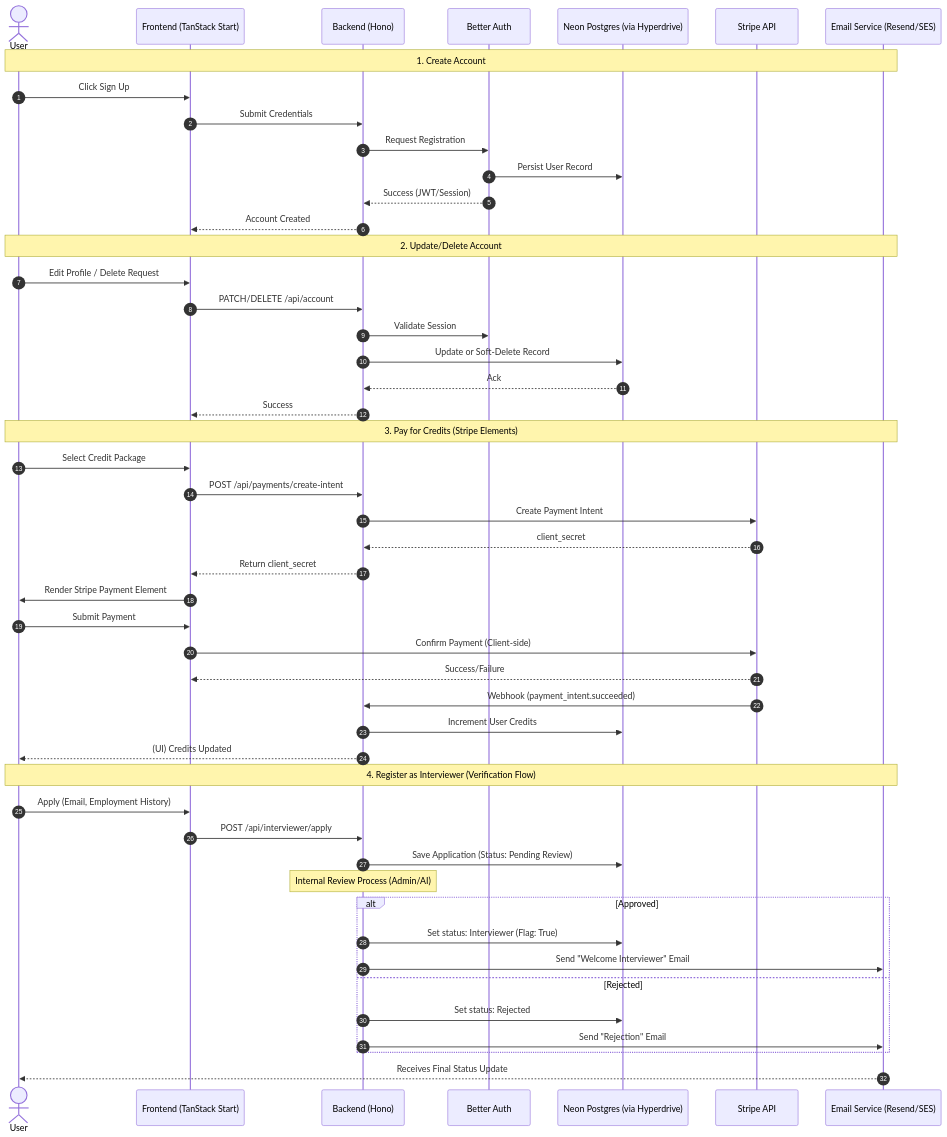
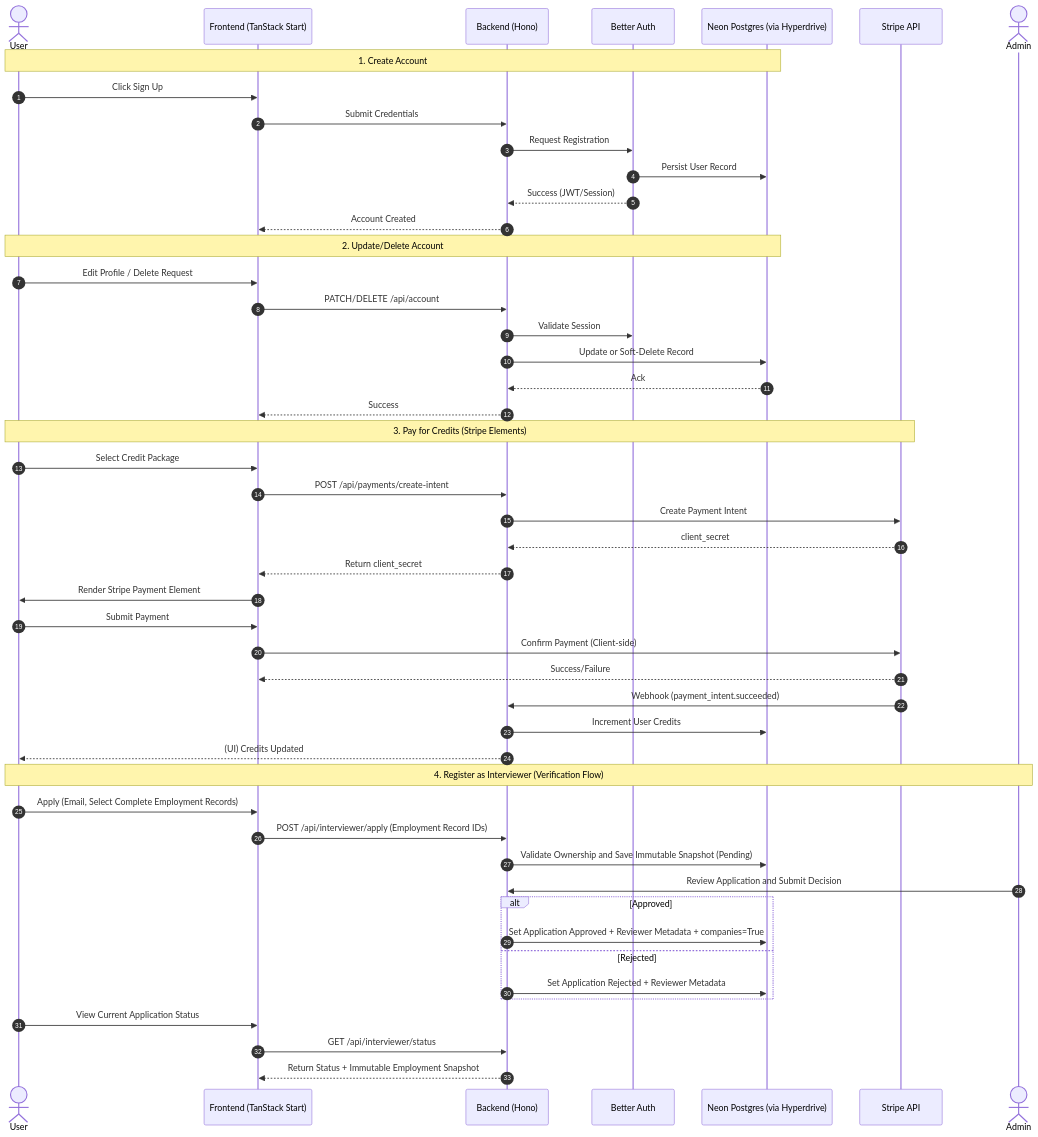
Before and after one commit to joseiciano/mako: the diagram in docs/system/diagrams/crud.md, drawn with Mermaid. The commit also changed other lines of this file and 28 other files, not shown here.

````diff
--- a/docs/system/diagrams/crud.md
+++ b/docs/system/diagrams/crud.md
@@ -5,55 +5,55 @@
 ```mermaid
 sequenceDiagram
     autonumber
     actor User
     participant FE as Frontend (TanStack Start)
     participant BE as Backend (Hono)
     participant Auth as Better Auth
     participant DB as Neon Postgres (via Hyperdrive)
     participant Stripe as Stripe API
-    participant Email as Email Service (Resend/SES)
+    actor Admin
 
-    Note over User, Email: 1. Create Account
+    Note over User, DB: 1. Create Account
     User->>FE: Click Sign Up
     FE->>BE: Submit Credentials
     BE->>Auth: Request Registration
     Auth->>DB: Persist User Record
     Auth-->>BE: Success (JWT/Session)
     BE-->>FE: Account Created
 
-    Note over User, Email: 2. Update/Delete Account
+    Note over User, DB: 2. Update/Delete Account
     User->>FE: Edit Profile / Delete Request
     FE->>BE: PATCH/DELETE /api/account
     BE->>Auth: Validate Session
     BE->>DB: Update or Soft-Delete Record
     DB-->>BE: Ack
     BE-->>FE: Success
 
-    Note over User, Email: 3. Pay for Credits (Stripe Elements)
+    Note over User, Stripe: 3. Pay for Credits (Stripe Elements)
     User->>FE: Select Credit Package
     FE->>BE: POST /api/payments/create-intent
     BE->>Stripe: Create Payment Intent
     Stripe-->>BE: client_secret
     BE-->>FE: Return client_secret
     FE->>User: Render Stripe Payment Element
     User->>FE: Submit Payment
     FE->>Stripe: Confirm Payment (Client-side)
     Stripe-->>FE: Success/Failure
     Stripe->>BE: Webhook (payment_intent.succeeded)
     BE->>DB: Increment User Credits
     BE-->>User: (UI) Credits Updated
 
-    Note over User, Email: 4. Register as Interviewer (Verification Flow)
-    User->>FE: Apply (Email, Employment History)
-    FE->>BE: POST /api/interviewer/apply
-    BE->>DB: Save Application (Status: Pending Review)
-    Note over BE: Internal Review Process (Admin/AI)
+    Note over User, Admin: 4. Register as Interviewer (Verification Flow)
+    User->>FE: Apply (Email, Select Complete Employment Records)
+    FE->>BE: POST /api/interviewer/apply (Employment Record IDs)
+    BE->>DB: Validate Ownership and Save Immutable Snapshot (Pending)
+    Admin->>BE: Review Application and Submit Decision
     alt Approved
-        BE->>DB: Set status: Interviewer (Flag: True)
-        BE->>Email: Send "Welcome Interviewer" Email
+        BE->>DB: Set Application Approved + Reviewer Metadata + companies=True
     else Rejected
-        BE->>DB: Set status: Rejected
-        BE->>Email: Send "Rejection" Email
+        BE->>DB: Set Application Rejected + Reviewer Metadata
     end
-    Email-->>User: Receives Final Status Update
+    User->>FE: View Current Application Status
+    FE->>BE: GET /api/interviewer/status
+    BE-->>FE: Return Status + Immutable Employment Snapshot
 ```
````
